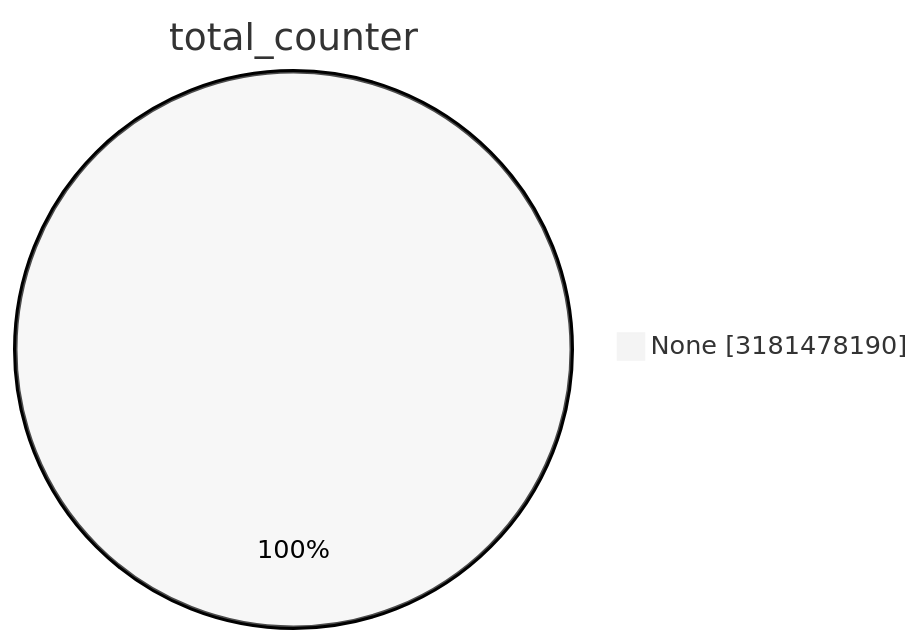
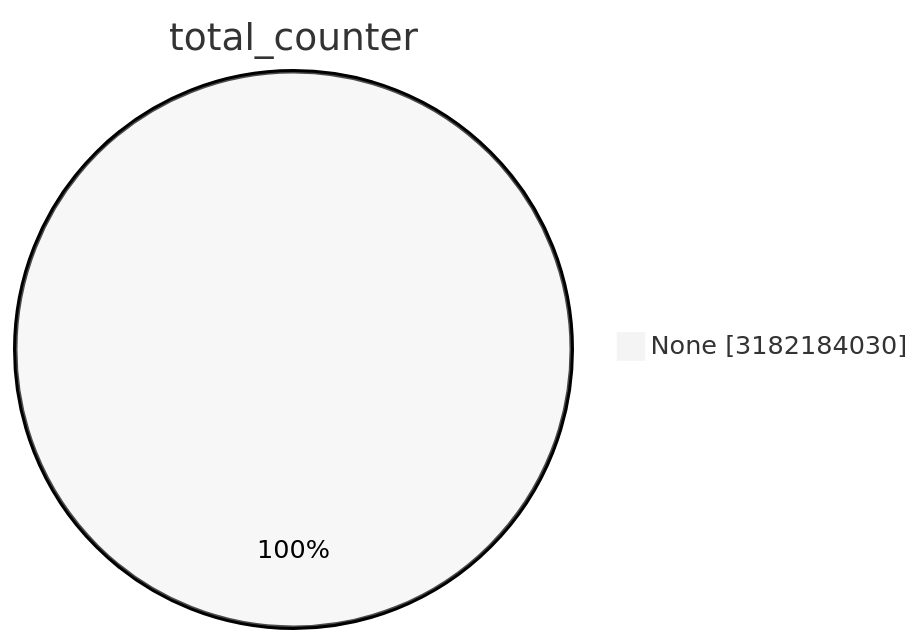
One commit to christiankrug/ctmonitor_visualization changed the first of 15 diagrams in TOTAL/README.md. Above: the diagram before and after it, drawn with Mermaid (neutral theme). The commit also changed other lines of this file, not shown here.

````diff
--- a/TOTAL/README.md
+++ b/TOTAL/README.md
@@ -1,5 +1,5 @@
 ```mermaid
 pie showData
 title total_counter
-"None" :3181478190
+"None" :3182184030
 ```
````
